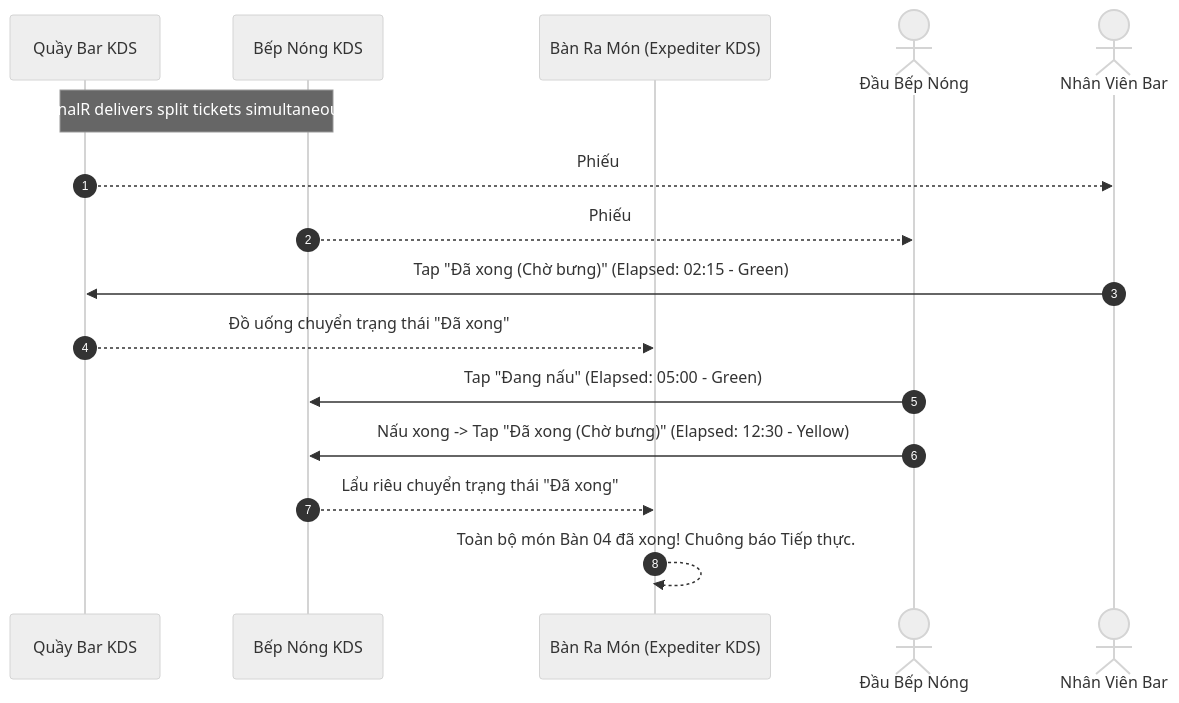
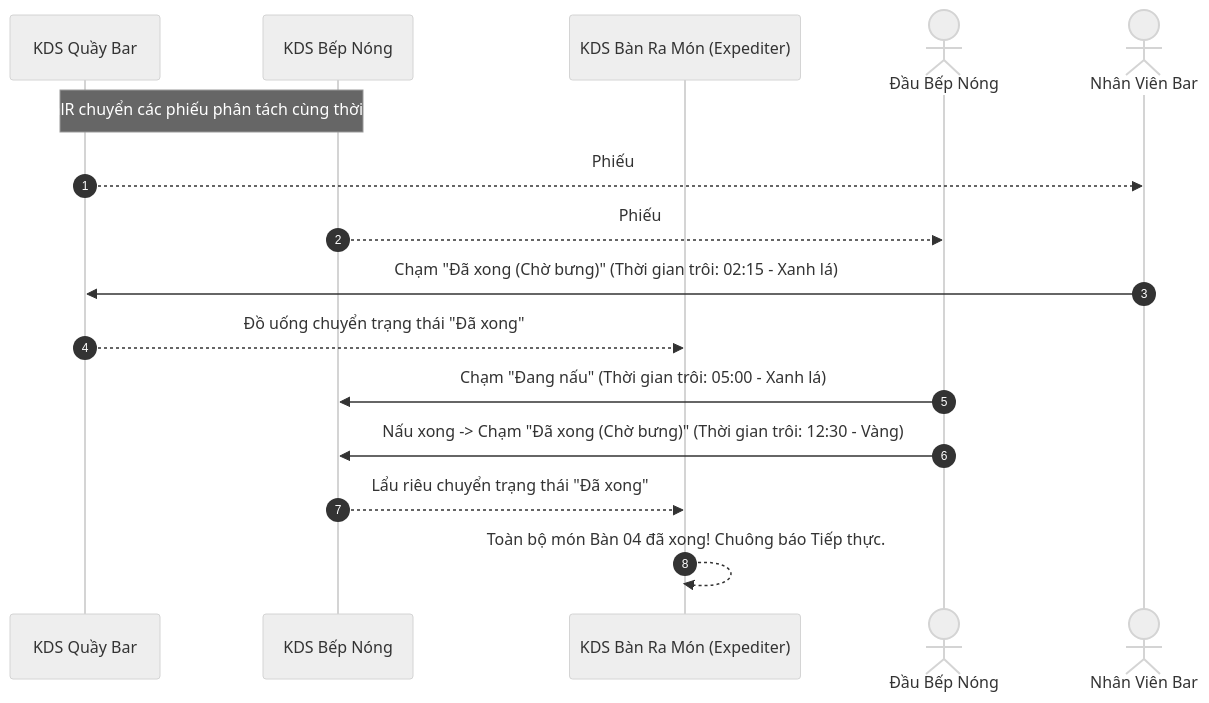
One commit to dieudoanhut2002/SmartRestaurant changed the fifth of 10 diagrams in docs/product/USER-JOURNEYS.md. Above: the diagram before and after it, drawn with Mermaid (neutral theme). The commit also changed other lines of this file and 40 other files, not shown here.

````diff
--- a/docs/product/USER-JOURNEYS.md
+++ b/docs/product/USER-JOURNEYS.md
@@ -141,19 +141,19 @@
 ```mermaid
 sequenceDiagram
     autonumber
-    participant Bar as Quầy Bar KDS
-    participant Hot as Bếp Nóng KDS
-    participant Exp as Bàn Ra Món (Expediter KDS)
+    participant Bar as KDS Quầy Bar
+    participant Hot as KDS Bếp Nóng
+    participant Exp as KDS Bàn Ra Món (Expediter)
     actor Cook as Đầu Bếp Nóng
     actor Barista as Nhân Viên Bar
 
-    Note over Bar,Hot: SignalR delivers split tickets simultaneously
+    Note over Bar,Hot: SignalR chuyển các phiếu phân tách cùng thời điểm
     Bar-->>Barista: Phiếu #104-B: 4x Bia Tiger Bạc (Đồng hồ: 00:00)
     Hot-->>Cook: Phiếu #104-H: 1x Lẩu Riêu Bắp Bò + Đĩa Bò (Đồng hồ: 00:00)
-    Barista->>Bar: Tap "Đã xong (Chờ bưng)" (Elapsed: 02:15 - Green)
+    Barista->>Bar: Chạm "Đã xong (Chờ bưng)" (Thời gian trôi: 02:15 - Xanh lá)
     Bar-->>Exp: Đồ uống chuyển trạng thái "Đã xong"
-    Cook->>Hot: Tap "Đang nấu" (Elapsed: 05:00 - Green)
-    Cook->>Hot: Nấu xong -> Tap "Đã xong (Chờ bưng)" (Elapsed: 12:30 - Yellow)
+    Cook->>Hot: Chạm "Đang nấu" (Thời gian trôi: 05:00 - Xanh lá)
+    Cook->>Hot: Nấu xong -> Chạm "Đã xong (Chờ bưng)" (Thời gian trôi: 12:30 - Vàng)
     Hot-->>Exp: Lẩu riêu chuyển trạng thái "Đã xong"
     Exp-->>Exp: Toàn bộ món Bàn 04 đã xong! Chuông báo Tiếp thực.
 ```
````
